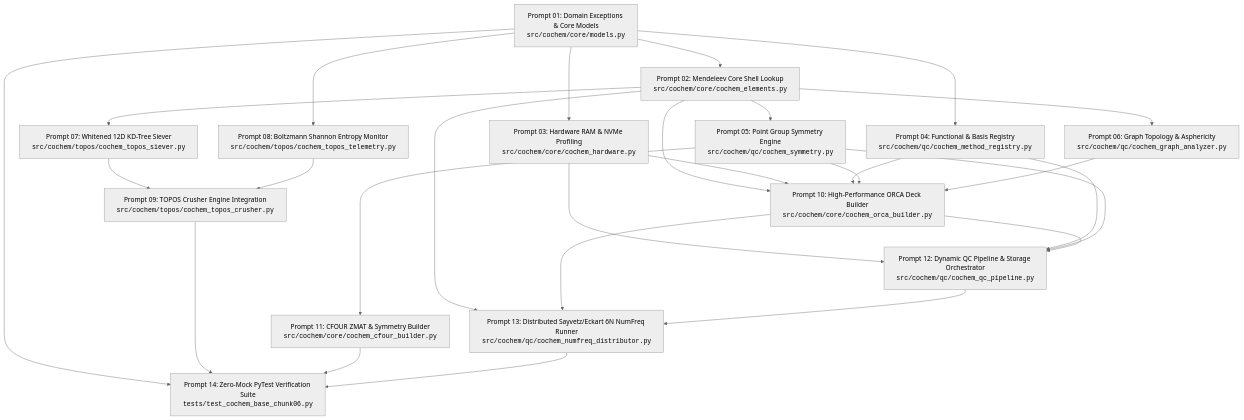
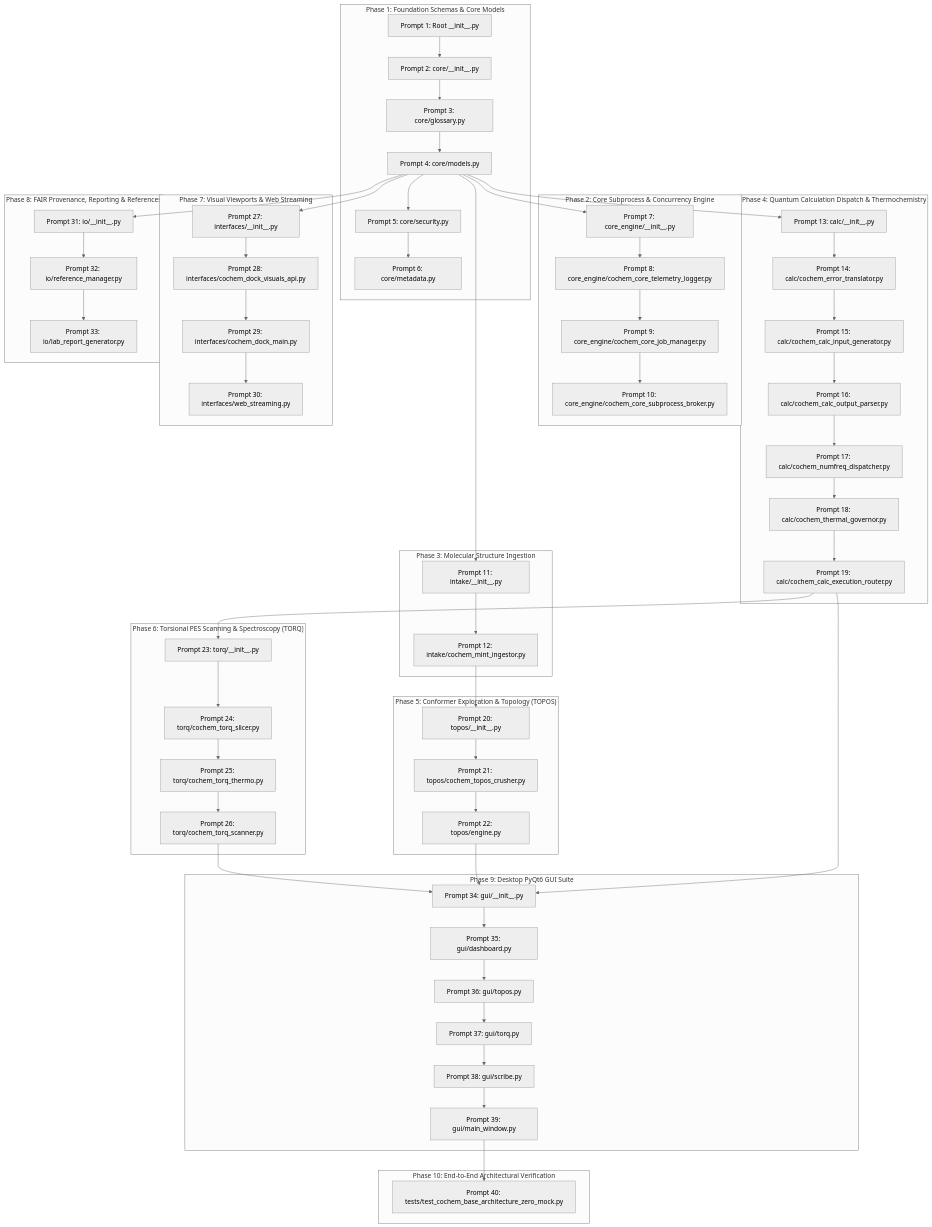
Before and after one commit to ProfJJK-CoChem/CoChem-SpycFit: the first of 3 diagrams in cochem_audit_payload.md, drawn with Mermaid (neutral theme). The commit also changed other lines of this file and 42 other files, not shown here.

````diff
--- a/cochem_audit_payload.md
+++ b/cochem_audit_payload.md
@@ -18,29 +25,83 @@
 ```mermaid
 graph TD
-    P01["Prompt 01: Domain Exceptions & Core Models<br><code>src/cochem/core/models.py</code>"] --> P02["Prompt 02: Mendeleev Core Shell Lookup<br><code>src/cochem/core/cochem_elements.py</code>"]
-    P01 --> P03["Prompt 03: Hardware RAM & NVMe Profiling<br><code>src/cochem/core/cochem_hardware.py</code>"]
-    P01 --> P04["Prompt 04: Functional & Basis Registry<br><code>src/cochem/qc/cochem_method_registry.py</code>"]
-    P02 --> P05["Prompt 05: Point Group Symmetry Engine<br><code>src/cochem/qc/cochem_symmetry.py</code>"]
-    P02 --> P06["Prompt 06: Graph Topology & Asphericity<br><code>src/cochem/qc/cochem_graph_analyzer.py</code>"]
-    P02 --> P07["Prompt 07: Whitened 12D KD-Tree Siever<br><code>src/cochem/topos/cochem_topos_siever.py</code>"]
-    P01 --> P08["Prompt 08: Boltzmann Shannon Entropy Monitor<br><code>src/cochem/topos/cochem_topos_telemetry.py</code>"]
-    P07 --> P09["Prompt 09: TOPOS Crusher Engine Integration<br><code>src/cochem/topos/cochem_topos_crusher.py</code>"]
-    P08 --> P09
-    P02 --> P10["Prompt 10: High-Performance ORCA Deck Builder<br><code>src/cochem/core/cochem_orca_builder.py</code>"]
-    P03 --> P10
-    P04 --> P10
-    P05 --> P10
-    P06 --> P10
-    P05 --> P11["Prompt 11: CFOUR ZMAT & Symmetry Builder<br><code>src/cochem/core/cochem_cfour_builder.py</code>"]
-    P03 --> P12["Prompt 12: Dynamic QC Pipeline & Storage Orchestrator<br><code>src/cochem/qc/cochem_qc_pipeline.py</code>"]
-    P04 --> P12
-    P05 --> P12
-    P10 --> P12
-    P02 --> P13["Prompt 13: Distributed Sayvetz/Eckart 6N NumFreq Runner<br><code>src/cochem/qc/cochem_numfreq_distributor.py</code>"]
-    P10 --> P13
-    P12 --> P13
-    P01 --> P14["Prompt 14: Zero-Mock PyTest Verification Suite<br><code>tests/test_cochem_base_chunk06.py</code>"]
-    P09 --> P14
-    P11 --> P14
-    P13 --> P14
+    subgraph "Phase 1: Foundation Schemas & Core Models"
+        P1["Prompt 1: Root __init__.py"]
+        P2["Prompt 2: core/__init__.py"]
+        P3["Prompt 3: core/glossary.py"]
+        P4["Prompt 4: core/models.py"]
+        P5["Prompt 5: core/security.py"]
+        P6["Prompt 6: core/metadata.py"]
+    end
+
+    subgraph "Phase 2: Core Subprocess & Concurrency Engine"
+        P7["Prompt 7: core_engine/__init__.py"]
+        P8["Prompt 8: core_engine/cochem_core_telemetry_logger.py"]
+        P9["Prompt 9: core_engine/cochem_core_job_manager.py"]
+        P10["Prompt 10: core_engine/cochem_core_subprocess_broker.py"]
+    end
+
+    subgraph "Phase 3: Molecular Structure Ingestion"
+        P11["Prompt 11: intake/__init__.py"]
+        P12["Prompt 12: intake/cochem_mint_ingestor.py"]
+    end
+
+    subgraph "Phase 4: Quantum Calculation Dispatch & Thermochemistry"
+        P13["Prompt 13: calc/__init__.py"]
+        P14["Prompt 14: calc/cochem_error_translator.py"]
+        P15["Prompt 15: calc/cochem_calc_input_generator.py"]
+        P16["Prompt 16: calc/cochem_calc_output_parser.py"]
+        P17["Prompt 17: calc/cochem_numfreq_dispatcher.py"]
+        P18["Prompt 18: calc/cochem_thermal_governor.py"]
+        P19["Prompt 19: calc/cochem_calc_execution_router.py"]
+    end
+
+    subgraph "Phase 5: Conformer Exploration & Topology (TOPOS)"
+        P20["Prompt 20: topos/__init__.py"]
+        P21["Prompt 21: topos/cochem_topos_crusher.py"]
+        P22["Prompt 22: topos/engine.py"]
+    end
+
+    subgraph "Phase 6: Torsional PES Scanning & Spectroscopy (TORQ)"
+        P23["Prompt 23: torq/__init__.py"]
+        P24["Prompt 24: torq/cochem_torq_slicer.py"]
+        P25["Prompt 25: torq/cochem_torq_thermo.py"]
+        P26["Prompt 26: torq/cochem_torq_scanner.py"]
+    end
+
+    subgraph "Phase 7: Visual Viewports & Web Streaming"
+        P27["Prompt 27: interfaces/__init__.py"]
+        P28["Prompt 28: interfaces/cochem_dock_visuals_api.py"]
+        P29["Prompt 29: interfaces/cochem_dock_main.py"]
+        P30["Prompt 30: interfaces/web_streaming.py"]
+    end
+
+    subgraph "Phase 8: FAIR Provenance, Reporting & References"
+        P31["Prompt 31: io/__init__.py"]
+        P32["Prompt 32: io/reference_manager.py"]
+        P33["Prompt 33: io/lab_report_generator.py"]
+    end
+
+    subgraph "Phase 9: Desktop PyQt6 GUI Suite"
+        P34["Prompt 34: gui/__init__.py"]
+        P35["Prompt 35: gui/dashboard.py"]
+        P36["Prompt 36: gui/topos.py"]
+        P37["Prompt 37: gui/torq.py"]
+        P38["Prompt 38: gui/scribe.py"]
+        P39["Prompt 39: gui/main_window.py"]
+    end
+
+    subgraph "Phase 10: End-to-End Architectural Verification"
+        P40["Prompt 40: tests/test_cochem_base_architecture_zero_mock.py"]
+    end
+
+    P1 --> P2 --> P3 --> P4 --> P5 --> P6
+    P4 --> P7 --> P8 --> P9 --> P10
+    P4 --> P11 --> P12
+    P4 --> P13 --> P14 --> P15 --> P16 --> P17 --> P18 --> P19
+    P12 --> P20 --> P21 --> P22
+    P19 --> P23 --> P24 --> P25 --> P26
+    P4 --> P27 --> P28 --> P29 --> P30
+    P4 --> P31 --> P32 --> P33
+    P19 & P22 & P26 --> P34 --> P35 --> P36 --> P37 --> P38 --> P39
+    P39 --> P40
 ```
````
